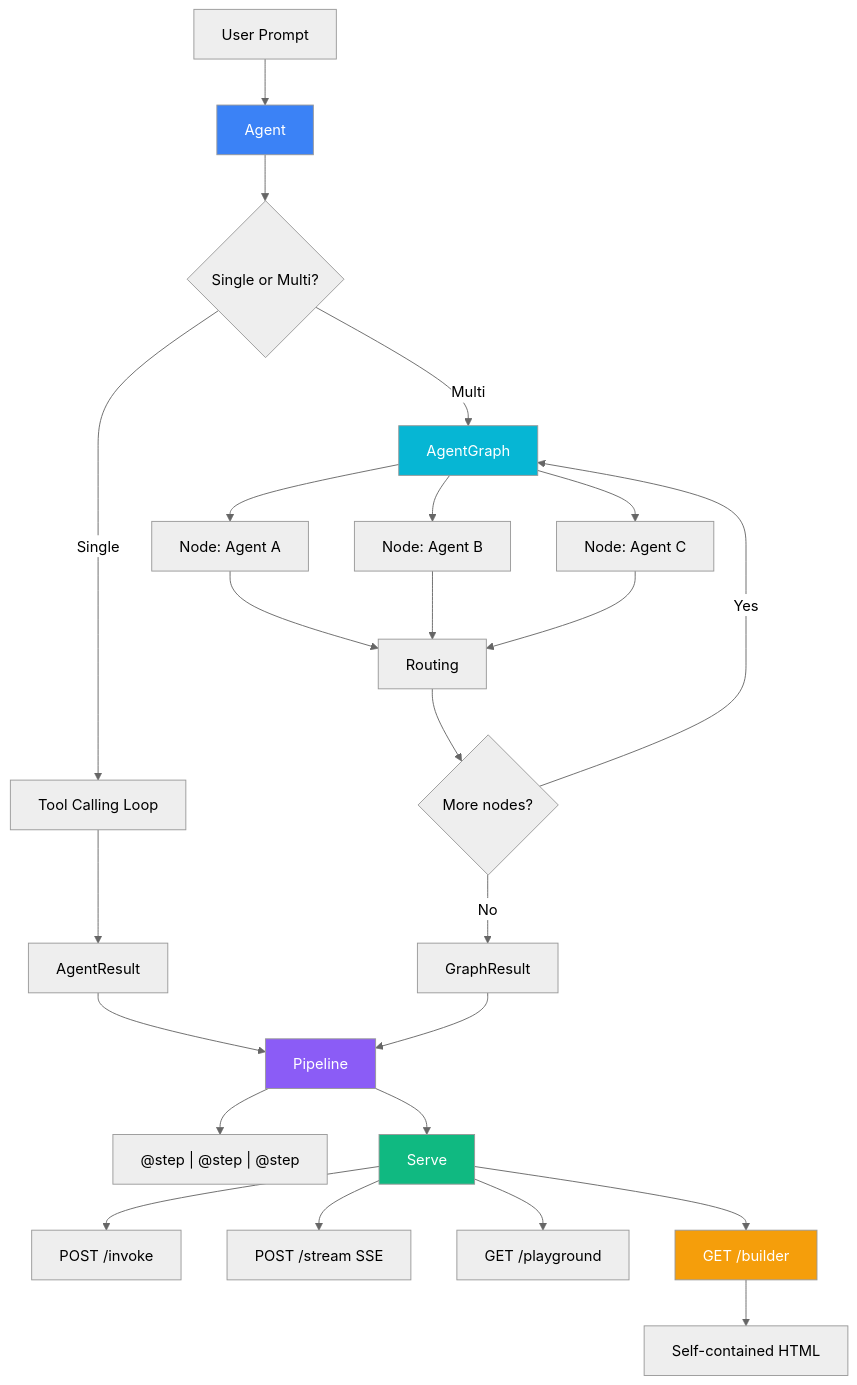
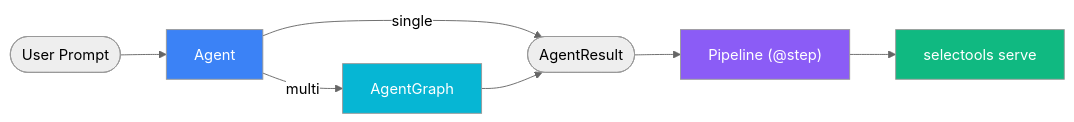
Before and after one commit to johnnichev/selectools: the first of 9 diagrams in docs/ARCHITECTURE.md, drawn with Mermaid (neutral theme). The commit also changed other lines of this file, not shown here.

Commit message:
fix(docs): simplify all Mermaid diagrams to max 9 nodes each

````diff
--- a/docs/ARCHITECTURE.md
+++ b/docs/ARCHITECTURE.md
@@ -8,34 +8,14 @@
 ```mermaid
-graph TD
-    A[User Prompt] --> B[Agent]
-    B --> C{Single or Multi?}
-    C -->|Single| D[Tool Calling Loop]
-    C -->|Multi| E[AgentGraph]
-    E --> F[Node: Agent A]
-    E --> G[Node: Agent B]
-    E --> H[Node: Agent C]
-    F --> I[Routing]
-    G --> I
-    H --> I
-    I --> J{More nodes?}
-    J -->|Yes| E
-    J -->|No| K[GraphResult]
+graph LR
+    Prompt([User Prompt]) --> Agent
+    Agent -->|single| Result([AgentResult])
+    Agent -->|multi| Graph[AgentGraph]
+    Graph --> Result
+    Result --> Pipeline["Pipeline (@step)"]
+    Pipeline --> Serve["selectools serve"]
 
-    D --> L[AgentResult]
-    L --> M[Pipeline]
-    M --> N["@step | @step | @step"]
-    K --> M
-
-    M --> O[Serve]
-    O --> P["POST /invoke"]
-    O --> Q["POST /stream SSE"]
-    O --> R["GET /playground"]
-    O --> S["GET /builder"]
-    S --> T["Self-contained HTML"]
-
-    style B fill:#3b82f6,color:#fff
-    style E fill:#06b6d4,color:#fff
-    style M fill:#8b5cf6,color:#fff
-    style O fill:#10b981,color:#fff
-    style S fill:#f59e0b,color:#fff
+    style Agent fill:#3b82f6,color:#fff
+    style Graph fill:#06b6d4,color:#fff
+    style Pipeline fill:#8b5cf6,color:#fff
+    style Serve fill:#10b981,color:#fff
 ```
````
